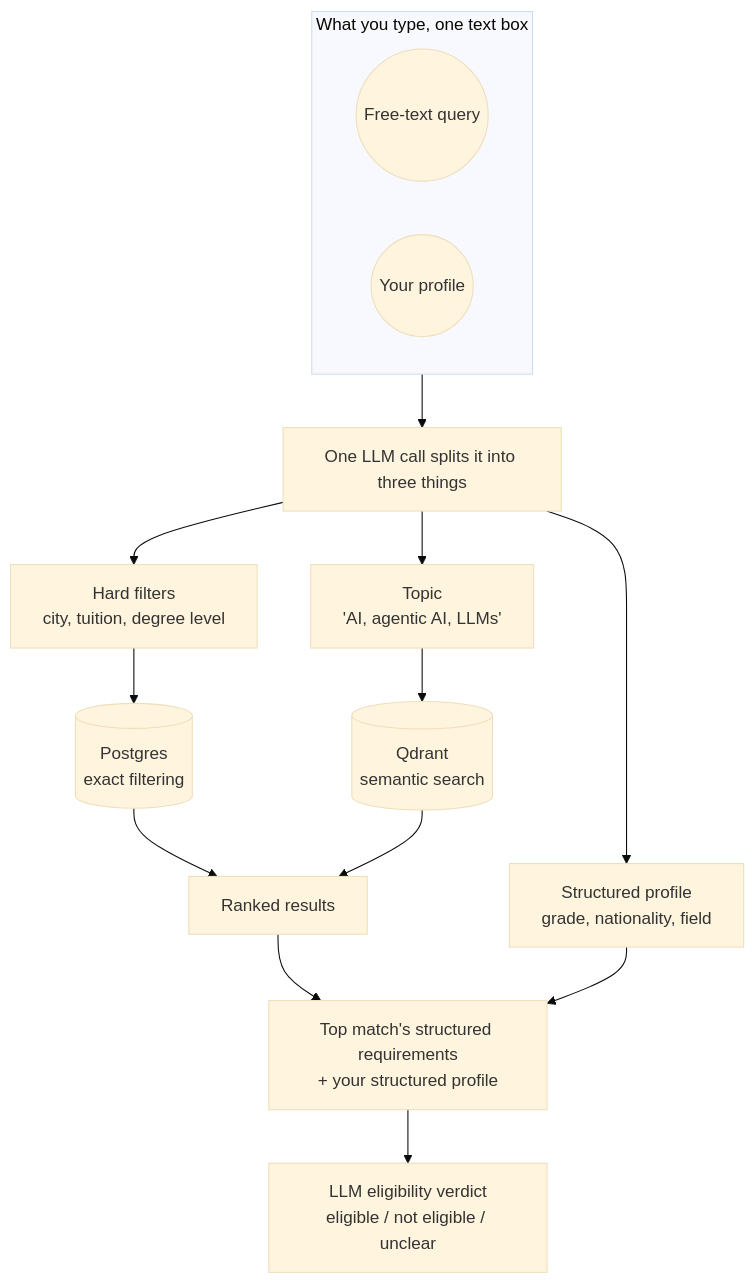
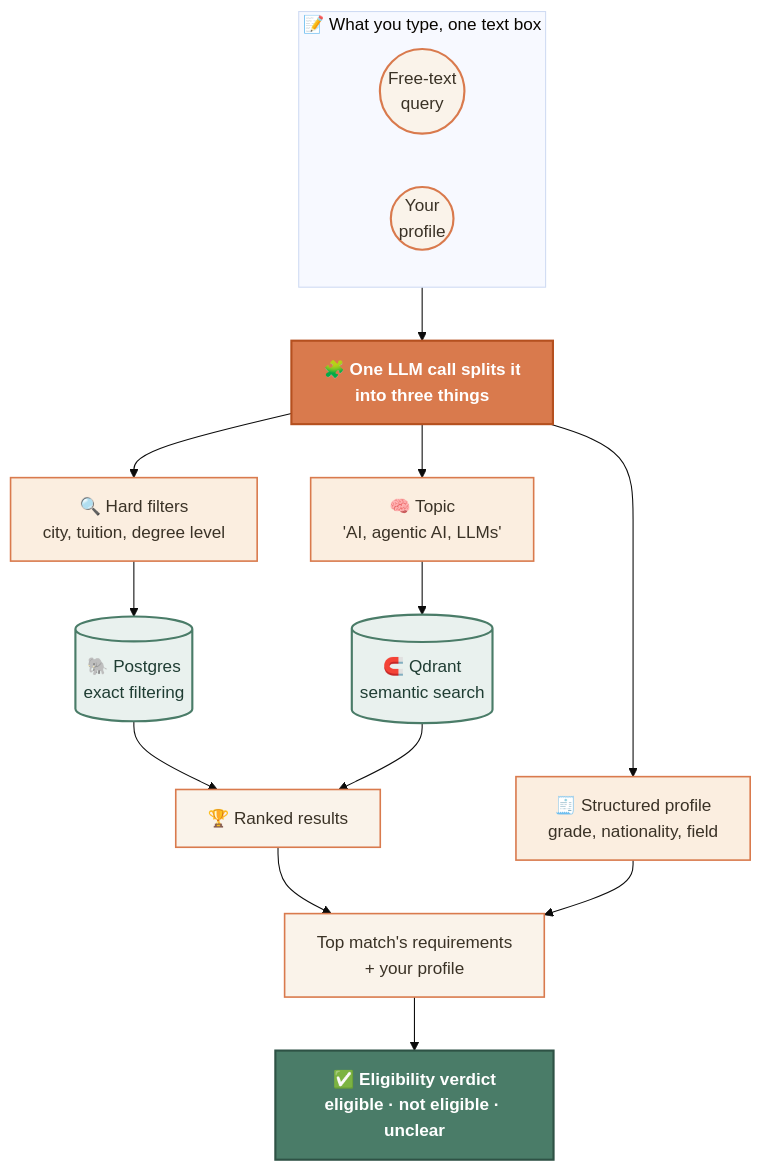
The first of 2 diagrams in README.md (MuneebaNasir/StudyMatch), drawn with Mermaid (base theme) before and after one commit. The commit also changed 1 other file, not shown here.

Commit message:
docs: move demo up, fix GIF legibility, style the pipeline diagram
Demo GIF was 480px and unreadable; regenerated at 1200px/8fps so the
eligibility drawer text is actually legible. Moved it above the fold,
right after the live-demo link. Styled the mermaid diagram with
colors and emoji-labeled nodes instead of plain boxes.

````diff
--- a/README.md
+++ b/README.md
@@ -39,18 +39,32 @@
 ```mermaid
 flowchart TD
-    subgraph INPUT["What you type, one text box"]
-        Q(("Free-text query"))
-        P(("Your profile"))
+    subgraph INPUT["📝 What you type, one text box"]
+        Q(("Free-text<br/>query"))
+        P(("Your<br/>profile"))
     end
-    INPUT --> LLM["One LLM call splits it into three things"]
-    LLM --> C["Hard filters<br/>city, tuition, degree level"]
-    LLM --> D["Topic<br/>'AI, agentic AI, LLMs'"]
-    LLM --> E["Structured profile<br/>grade, nationality, field"]
-    C --> F[("Postgres<br/>exact filtering")]
-    D --> G[("Qdrant<br/>semantic search")]
-    F --> H["Ranked results"]
+    INPUT --> LLM["🧩 One LLM call splits it<br/>into three things"]
+    LLM --> C["🔍 Hard filters<br/>city, tuition, degree level"]
+    LLM --> D["🧠 Topic<br/>'AI, agentic AI, LLMs'"]
+    LLM --> E["🧾 Structured profile<br/>grade, nationality, field"]
+    C --> F[("🐘 Postgres<br/>exact filtering")]
+    D --> G[("🧲 Qdrant<br/>semantic search")]
+    F --> H["🏆 Ranked results"]
     G --> H
-    H --> I["Top match's structured requirements<br/>+ your structured profile"]
+    H --> I["Top match's requirements<br/>+ your profile"]
     E --> I
-    I --> J["LLM eligibility verdict<br/>eligible / not eligible / unclear"]
+    I --> J["✅ Eligibility verdict<br/>eligible · not eligible · unclear"]
+
+    classDef input fill:#faf3ea,stroke:#d97a4d,stroke-width:2px,color:#3a3226
+    classDef llm fill:#d97a4d,stroke:#b5501f,stroke-width:2px,color:#fff,font-weight:bold
+    classDef branch fill:#fbeee0,stroke:#d97a4d,stroke-width:1.5px,color:#3a3226
+    classDef store fill:#e9f1ee,stroke:#4a7c68,stroke-width:2px,color:#1f3d33
+    classDef result fill:#faf3ea,stroke:#d97a4d,stroke-width:1.5px,color:#3a3226
+    classDef verdict fill:#4a7c68,stroke:#2e5245,stroke-width:2px,color:#fff,font-weight:bold
+
+    class Q,P input
+    class LLM llm
+    class C,D,E branch
+    class F,G store
+    class H,I result
+    class J verdict
 ```
````
